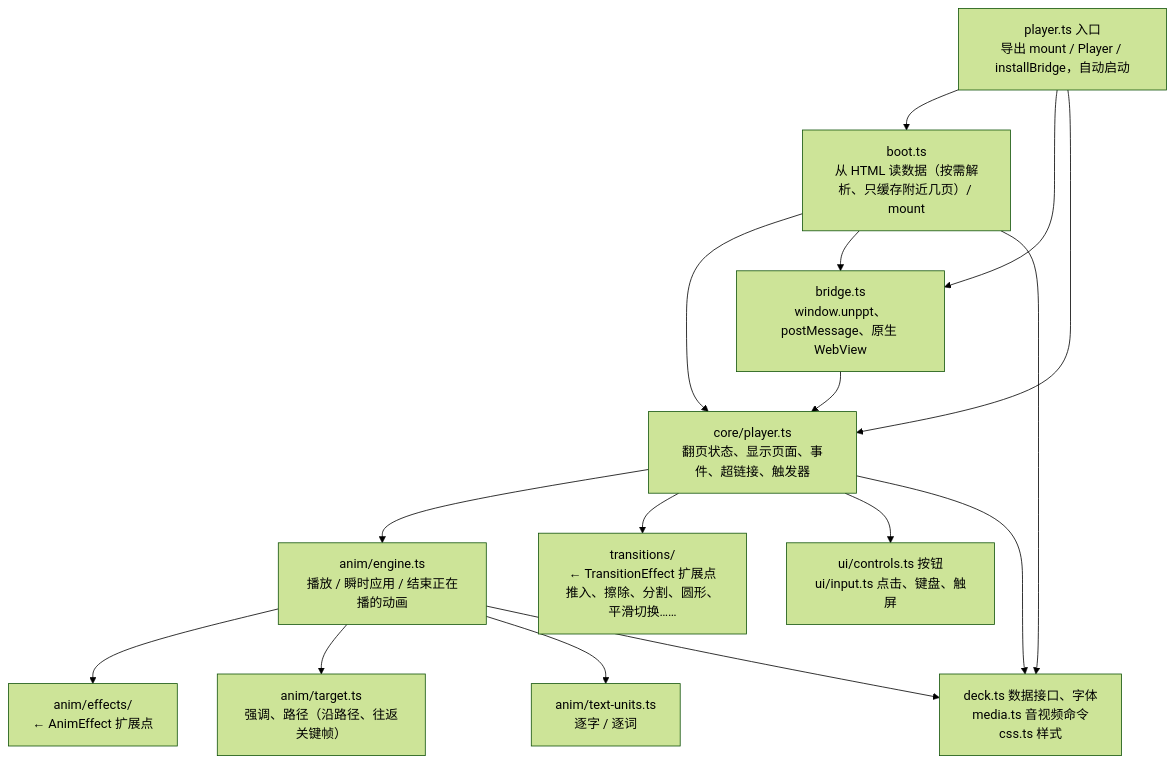
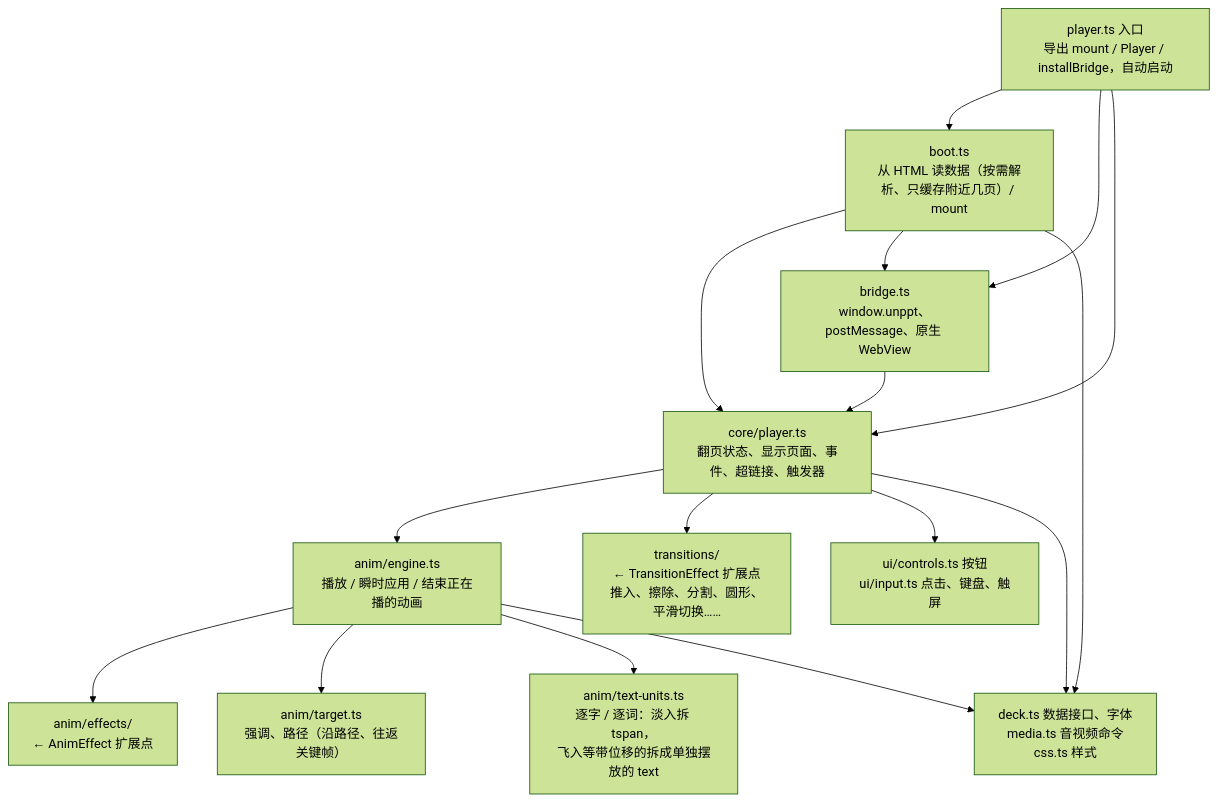
Before and after one commit to spitmaster/unppt: the third of 5 diagrams in docs/architecture.md, drawn with Mermaid (forest theme). The commit also changed 9 other files, not shown here.

````diff
--- a/docs/architecture.md
+++ b/docs/architecture.md
@@ -71,19 +71,19 @@
 ```mermaid
 flowchart TB
   entry["player.ts 入口<br/>导出 mount / Player / installBridge，自动启动"]
   boot["boot.ts<br/>从 HTML 读数据（按需解析、只缓存附近几页）/ mount"]
   bridge["bridge.ts<br/>window.unppt、postMessage、原生 WebView"]
   core["core/player.ts<br/>翻页状态、显示页面、事件、超链接、触发器"]
   engine["anim/engine.ts<br/>播放 / 瞬时应用 / 结束正在播的动画"]
   effects["anim/effects/<br/>← AnimEffect 扩展点"]
   target["anim/target.ts<br/>强调、路径（沿路径、往返关键帧）"]
-  units["anim/text-units.ts<br/>逐字 / 逐词"]
+  units["anim/text-units.ts<br/>逐字 / 逐词：淡入拆 tspan，<br/>飞入等带位移的拆成单独摆放的 text"]
   trans["transitions/<br/>← TransitionEffect 扩展点<br/>推入、擦除、分割、圆形、平滑切换……"]
   ui["ui/controls.ts 按钮<br/>ui/input.ts 点击、键盘、触屏"]
   deck["deck.ts 数据接口、字体<br/>media.ts 音视频命令<br/>css.ts 样式"]
   entry --> boot & bridge & core
   boot --> core & bridge & deck
   bridge --> core
   core --> engine & trans & ui & deck
   engine --> effects & target & units & deck
 ```
````
